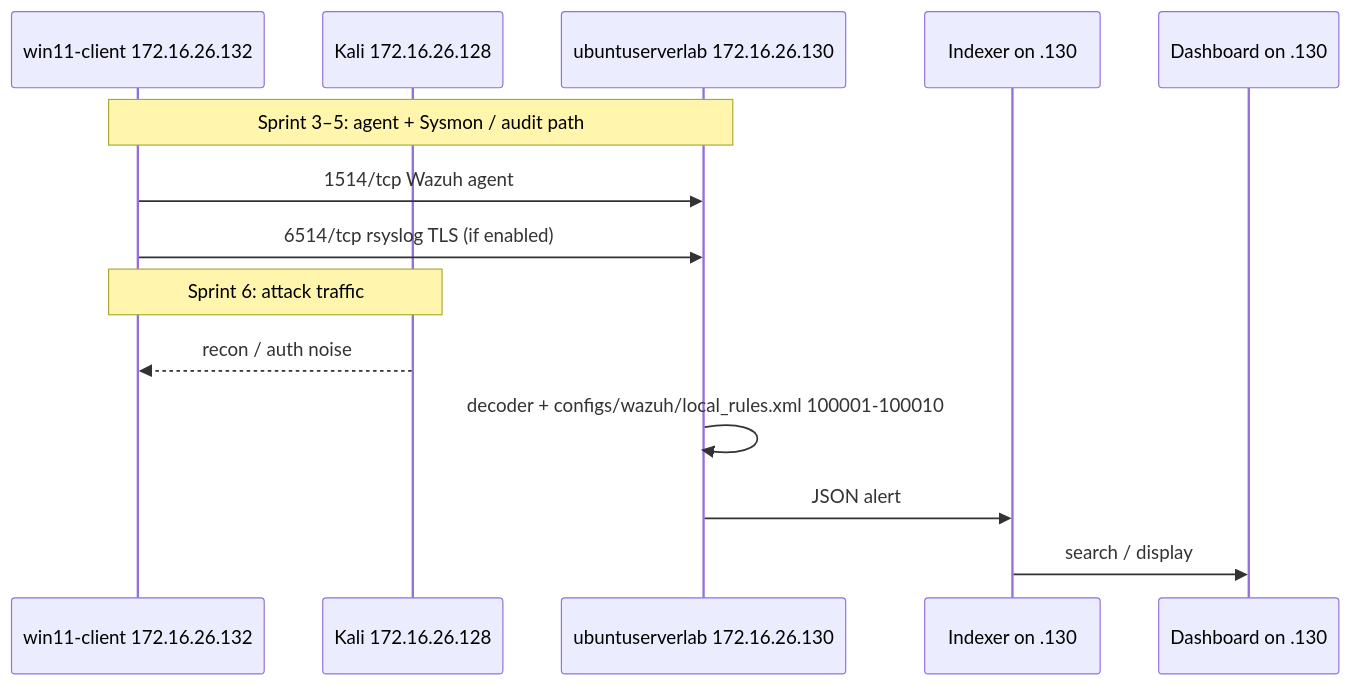
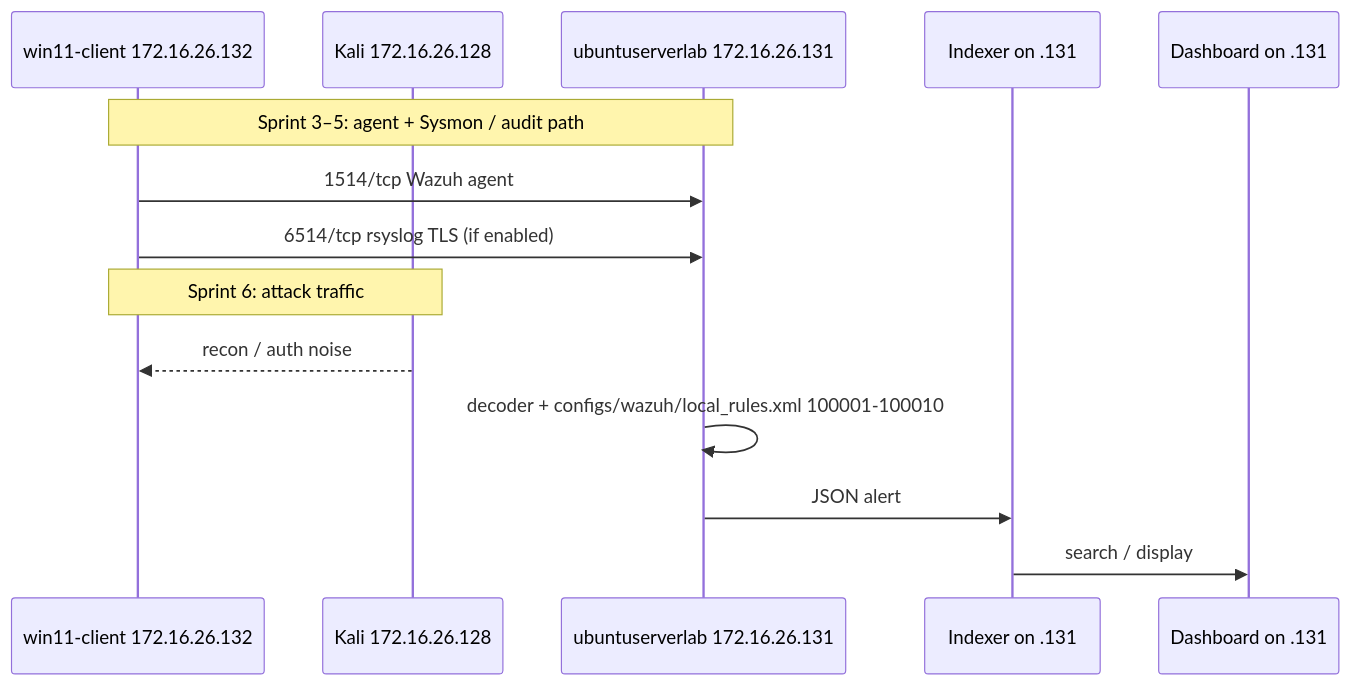
Before and after one commit to sadiq19/nist-siem-cyberlab: the second of 2 diagrams in docs/01-architecture/README.md, drawn with Mermaid. The commit also changed other lines of this file, not shown here.

````diff
--- a/docs/01-architecture/README.md
+++ b/docs/01-architecture/README.md
@@ -82,17 +82,17 @@
 ```mermaid
 sequenceDiagram
   participant Win as win11-client 172.16.26.132
   participant Kali as Kali 172.16.26.128
-  participant Mgr as ubuntuserverlab 172.16.26.130
-  participant Idx as Indexer on .130
-  participant Dash as Dashboard on .130
+  participant Mgr as ubuntuserverlab 172.16.26.131
+  participant Idx as Indexer on .131
+  participant Dash as Dashboard on .131
 
   Note over Win,Mgr: Sprint 3–5: agent + Sysmon / audit path
   Win->>Mgr: 1514/tcp Wazuh agent
   Win->>Mgr: 6514/tcp rsyslog TLS (if enabled)
   Note over Kali,Win: Sprint 6: attack traffic
   Kali-->>Win: recon / auth noise
   Mgr->>Mgr: decoder + configs/wazuh/local_rules.xml 100001-100010
   Mgr->>Idx: JSON alert
   Idx->>Dash: search / display
 ```
````
